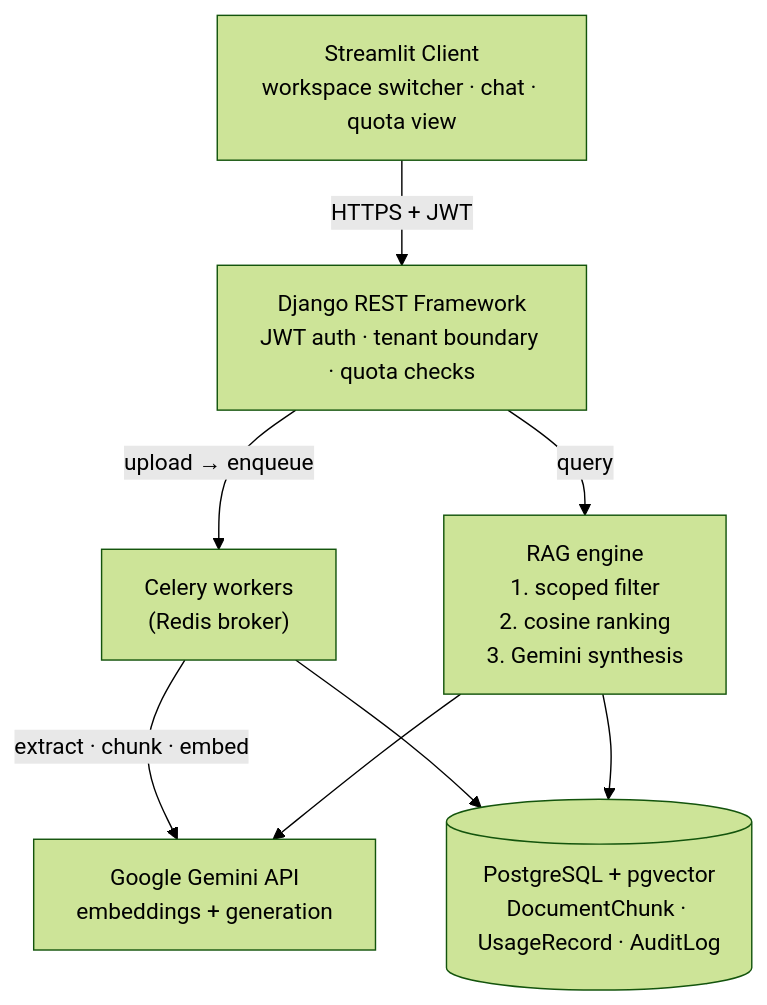
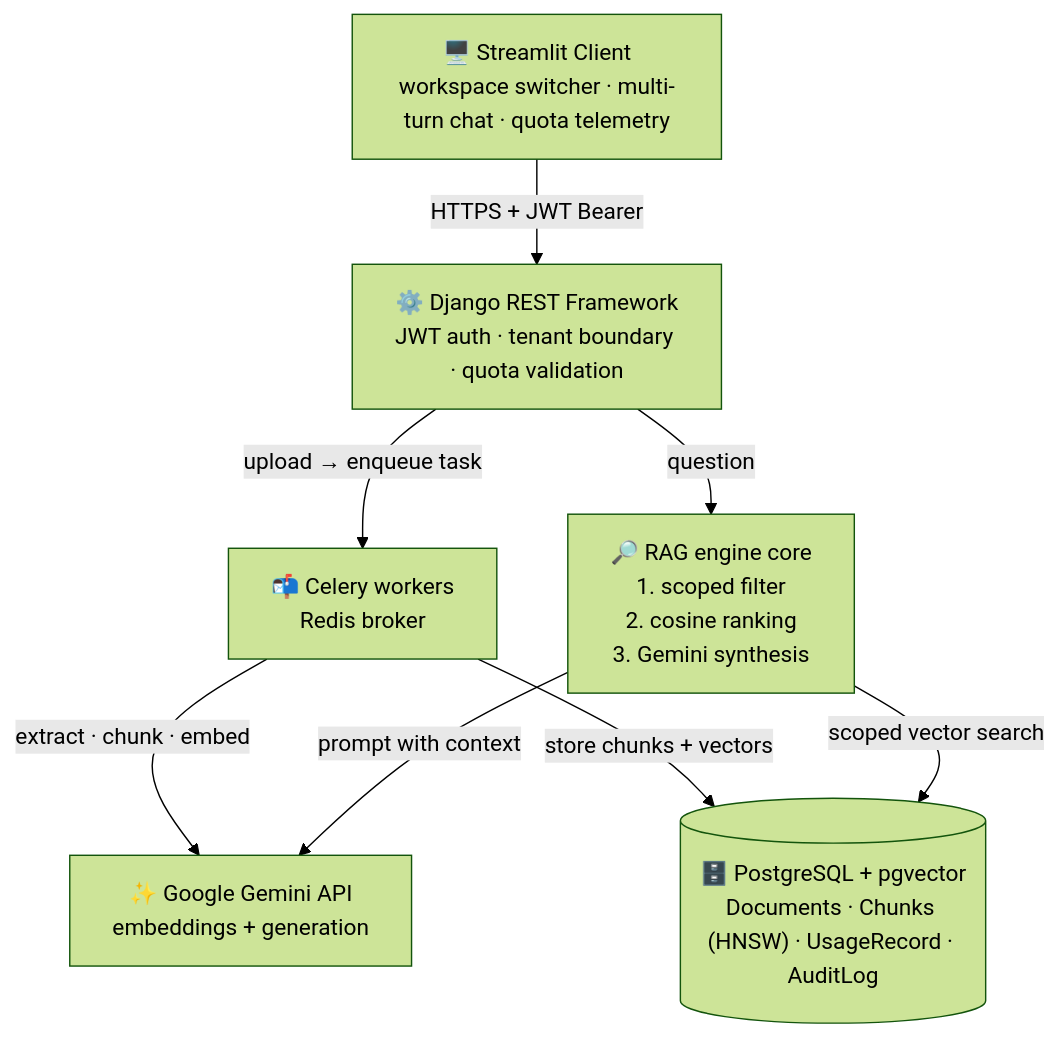
One commit to ShashankSingh2020/multi-tenant-rag-engine changed the first of 5 diagrams in README.md. Above: the diagram before and after it, drawn with Mermaid (forest theme). The commit also changed other lines of this file, not shown here.

````diff
--- a/README.md
+++ b/README.md
@@ -72,17 +136,17 @@
 ```mermaid
 flowchart TD
-    UI["Streamlit Client<br/>workspace switcher · chat · quota view"]
-    API["Django REST Framework<br/>JWT auth · tenant boundary · quota checks"]
-    Q["Celery workers<br/>(Redis broker)"]
-    RAG["RAG engine<br/>1. scoped filter<br/>2. cosine ranking<br/>3. Gemini synthesis"]
-    DB[("PostgreSQL + pgvector<br/>DocumentChunk · UsageRecord · AuditLog")]
-    G["Google Gemini API<br/>embeddings + generation"]
+    UI["🖥️ Streamlit Client<br/>workspace switcher · multi-turn chat · quota telemetry"]
+    API["⚙️ Django REST Framework<br/>JWT auth · tenant boundary · quota validation"]
+    Q["📬 Celery workers<br/>Redis broker"]
+    RAG["🔎 RAG engine core<br/>1. scoped filter<br/>2. cosine ranking<br/>3. Gemini synthesis"]
+    DB[("🗄️ PostgreSQL + pgvector<br/>Documents · Chunks (HNSW) · UsageRecord · AuditLog")]
+    G["✨ Google Gemini API<br/>embeddings + generation"]
 
-    UI -- "HTTPS + JWT" --> API
-    API -- "upload → enqueue" --> Q
-    API -- "query" --> RAG
+    UI -- "HTTPS + JWT Bearer" --> API
+    API -- "upload → enqueue task" --> Q
+    API -- "question" --> RAG
     Q -- "extract · chunk · embed" --> G
-    Q --> DB
-    RAG --> DB
-    RAG --> G
+    Q -- "store chunks + vectors" --> DB
+    RAG -- "scoped vector search" --> DB
+    RAG -- "prompt with context" --> G
 ```
````
